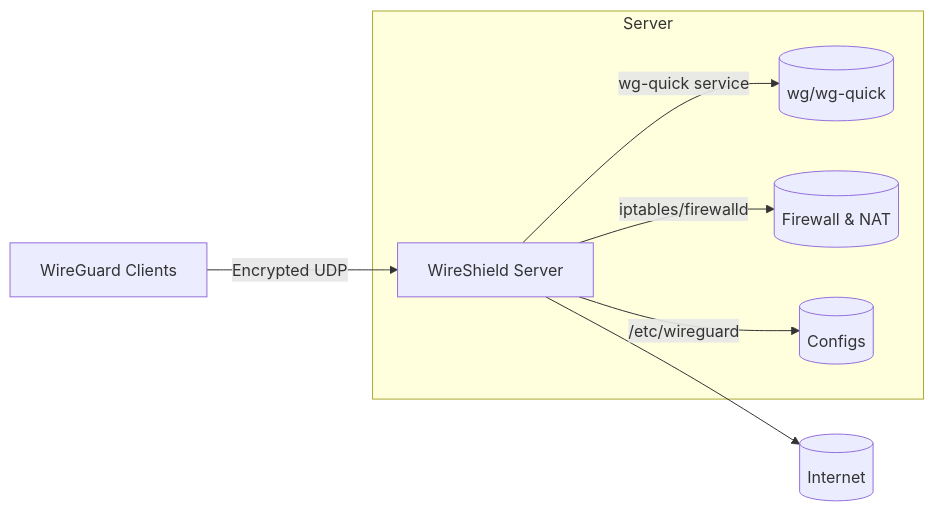
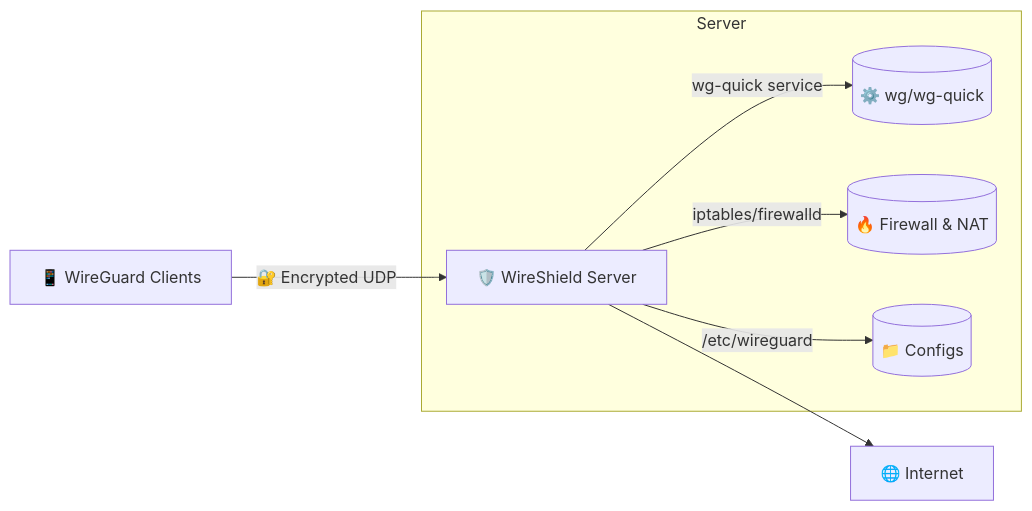
Before and after one commit to siyamsarker/WireShield: the first of 2 diagrams in README.md, drawn with Mermaid. The commit also changed other lines of this file, not shown here.

````diff
--- a/README.md
+++ b/README.md
@@ -211,10 +261,10 @@
 ```mermaid
 flowchart LR
-  C[WireGuard Clients] -->|Encrypted UDP| S[WireShield Server]
-  S --> I[(Internet)]
+  C[📱 WireGuard Clients] -->|🔐 Encrypted UDP| S[🛡️ WireShield Server]
+  S --> I[🌐 Internet]
   subgraph Server
-    S -->|wg-quick service| WG[(wg/wg-quick)]
-    S -->|iptables/firewalld| FW[(Firewall & NAT)]
-    S -->|/etc/wireguard| CFG[(Configs)]
+    S -->|wg-quick service| WG[(⚙️ wg/wg-quick)]
+    S -->|iptables/firewalld| FW[(🔥 Firewall & NAT)]
+    S -->|/etc/wireguard| CFG[(📁 Configs)]
   end
 ```
````
